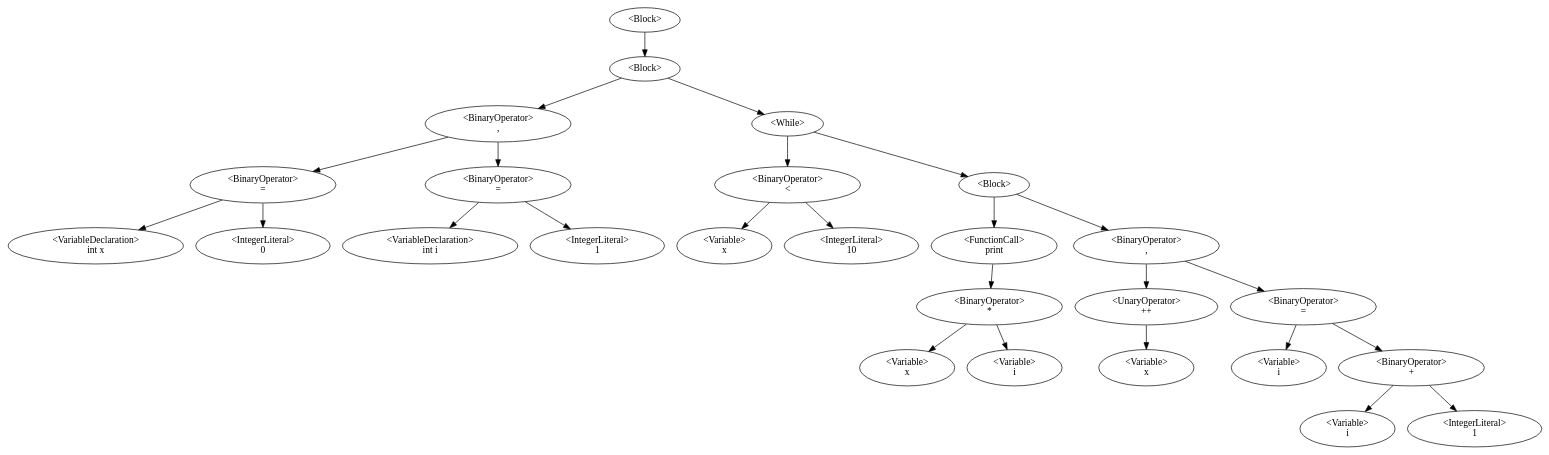
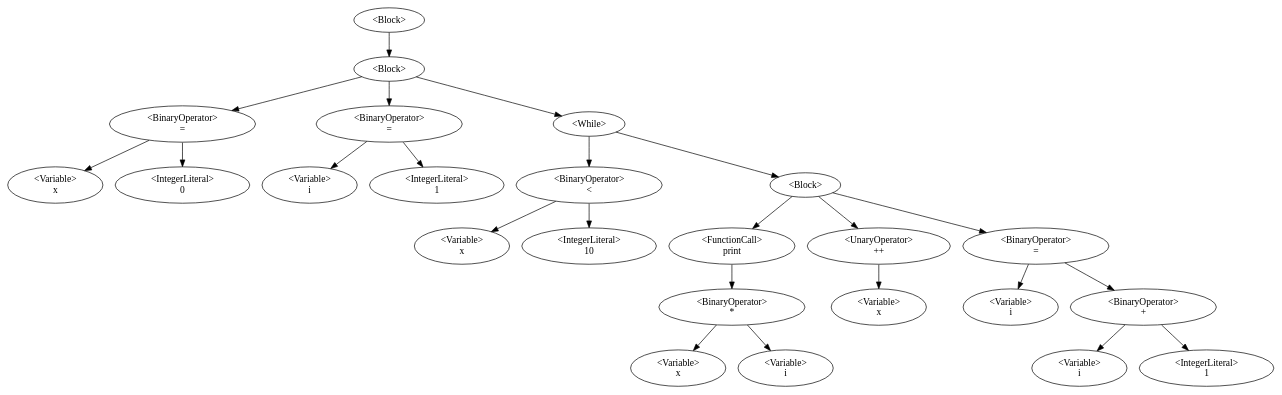
Before and after one commit to QazmoQwerty/dino: the diagram in Dino/Dino/AstDisplay.gv, drawn with Graphviz. The commit also changed 3 other files, not shown here.

```diff
--- a/Dino/Dino/AstDisplay.gv
+++ b/Dino/Dino/AstDisplay.gv
@@ -1,28 +1,26 @@
 digraph G {
 0 [label="<Block>"];0->1;
-1 [label="<Block>"];1->5;1->9;
-5 [label="<BinaryOperator>\n,"];5->3;5->7;
+1 [label="<Block>"];1->3;1->6;1->8;
 3 [label="<BinaryOperator>\n="];3->2;3->4;
-2 [label="<VariableDeclaration>\nint x"];
+2 [label="<Variable>\nx"];
 4 [label="<IntegerLiteral>\n0"];
-7 [label="<BinaryOperator>\n="];7->6;7->8;
-6 [label="<VariableDeclaration>\nint i"];
-8 [label="<IntegerLiteral>\n1"];
-9 [label="<While>"];9->11;9->22;
-11 [label="<BinaryOperator>\n<"];11->10;11->12;
-10 [label="<Variable>\nx"];
-12 [label="<IntegerLiteral>\n10"];
-22 [label="<Block>"];22->24;22->15;
-24 [label="<FunctionCall>\nprint"];24->26;
-26 [label="<BinaryOperator>\n*"];26->25;26->27;
-25 [label="<Variable>\nx"];
-27 [label="<Variable>\ni"];
-15 [label="<BinaryOperator>\n,"];15->13;15->17;
-13 [label="<UnaryOperator>\n++"];13->14;
-14 [label="<Variable>\nx"];
-17 [label="<BinaryOperator>\n="];17->16;17->19;
+6 [label="<BinaryOperator>\n="];6->5;6->7;
+5 [label="<Variable>\ni"];
+7 [label="<IntegerLiteral>\n1"];
+8 [label="<While>"];8->10;8->20;
+10 [label="<BinaryOperator>\n<"];10->9;10->11;
+9 [label="<Variable>\nx"];
+11 [label="<IntegerLiteral>\n10"];
+20 [label="<Block>"];20->22;20->12;20->15;
+22 [label="<FunctionCall>\nprint"];22->24;
+24 [label="<BinaryOperator>\n*"];24->23;24->25;
+23 [label="<Variable>\nx"];
+25 [label="<Variable>\ni"];
+12 [label="<UnaryOperator>\n++"];12->13;
+13 [label="<Variable>\nx"];
+15 [label="<BinaryOperator>\n="];15->14;15->17;
+14 [label="<Variable>\ni"];
+17 [label="<BinaryOperator>\n+"];17->16;17->18;
 16 [label="<Variable>\ni"];
-19 [label="<BinaryOperator>\n+"];19->18;19->20;
-18 [label="<Variable>\ni"];
-20 [label="<IntegerLiteral>\n1"];
+18 [label="<IntegerLiteral>\n1"];
 }
```
